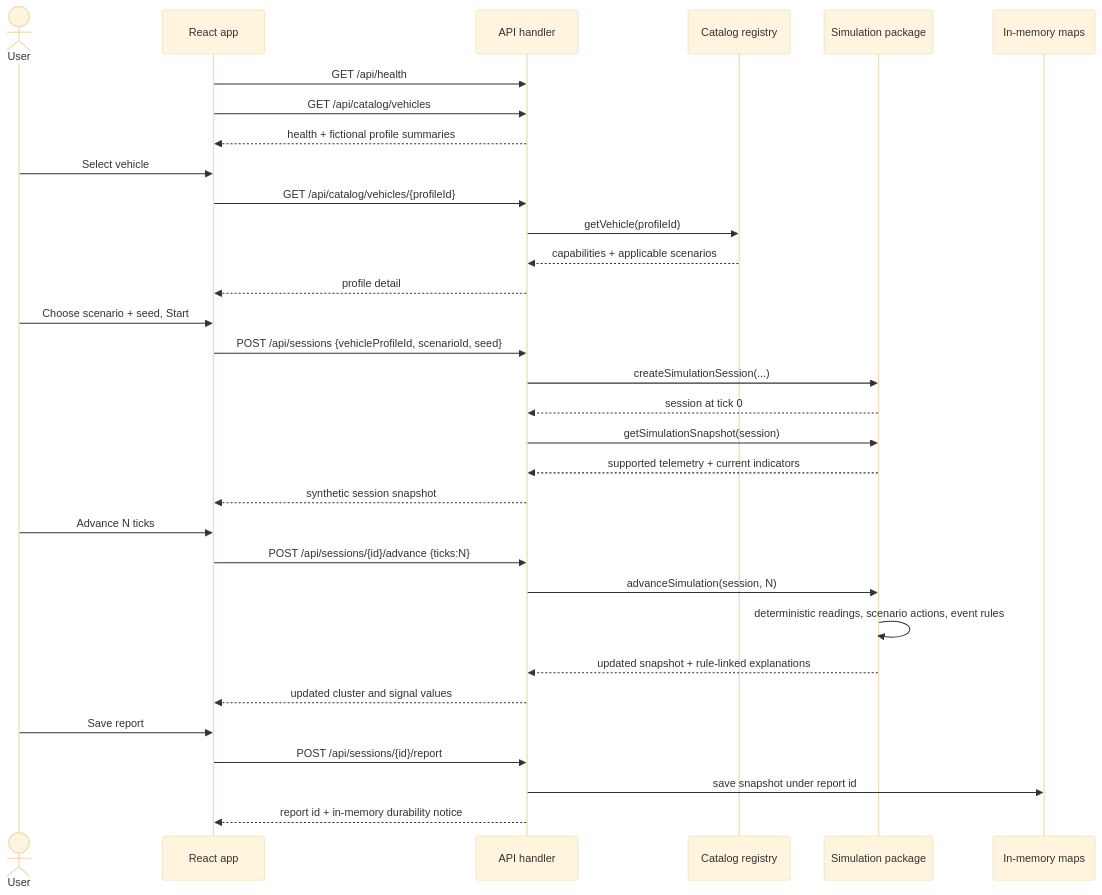
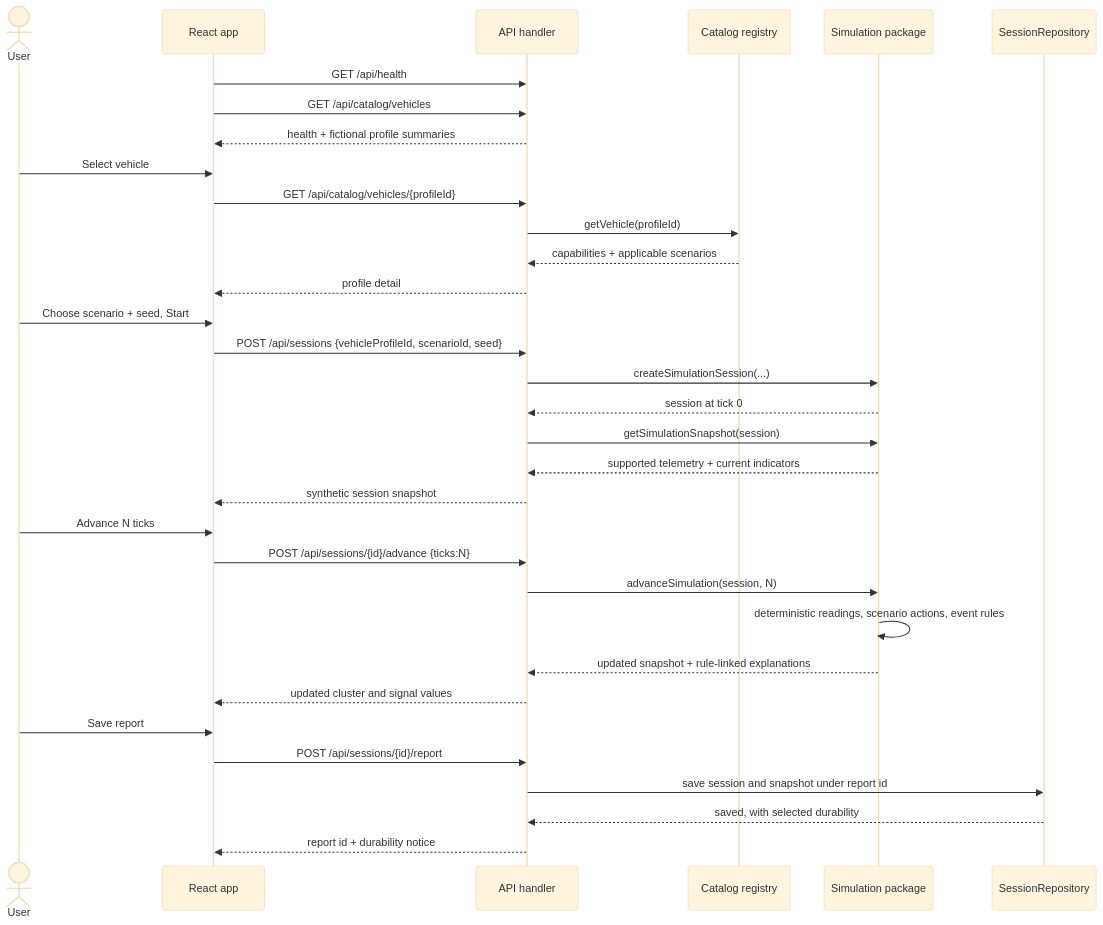
Before and after one commit to HJXCODE-810/AutoMate-AI-native-automotive-intelligence: the second of 3 diagrams in docs/LOW_LEVEL_DESIGN.md, drawn with Mermaid (base theme). The commit also changed other lines of this file and 20 other files, not shown here.

````diff
--- a/docs/LOW_LEVEL_DESIGN.md
+++ b/docs/LOW_LEVEL_DESIGN.md
@@ -42,35 +48,36 @@
 ```mermaid
 sequenceDiagram
   actor Driver as User
   participant UI as React app
   participant API as API handler
   participant Registry as Catalog registry
   participant Engine as Simulation package
-  participant Store as In-memory maps
+  participant Store as SessionRepository
 
   UI->>API: GET /api/health
   UI->>API: GET /api/catalog/vehicles
   API-->>UI: health + fictional profile summaries
   Driver->>UI: Select vehicle
   UI->>API: GET /api/catalog/vehicles/{profileId}
   API->>Registry: getVehicle(profileId)
   Registry-->>API: capabilities + applicable scenarios
   API-->>UI: profile detail
   Driver->>UI: Choose scenario + seed, Start
   UI->>API: POST /api/sessions {vehicleProfileId, scenarioId, seed}
   API->>Engine: createSimulationSession(...)
   Engine-->>API: session at tick 0
   API->>Engine: getSimulationSnapshot(session)
   Engine-->>API: supported telemetry + current indicators
   API-->>UI: synthetic session snapshot
   Driver->>UI: Advance N ticks
   UI->>API: POST /api/sessions/{id}/advance {ticks:N}
   API->>Engine: advanceSimulation(session, N)
   Engine->>Engine: deterministic readings, scenario actions, event rules
   Engine-->>API: updated snapshot + rule-linked explanations
   API-->>UI: updated cluster and signal values
   Driver->>UI: Save report
   UI->>API: POST /api/sessions/{id}/report
-  API->>Store: save snapshot under report id
-  API-->>UI: report id + in-memory durability notice
+  API->>Store: save session and snapshot under report id
+  Store-->>API: saved, with selected durability
+  API-->>UI: report id + durability notice
 ```
````
